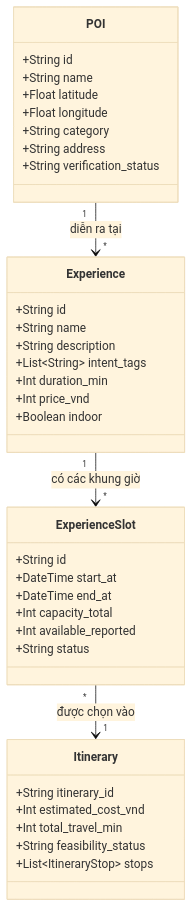
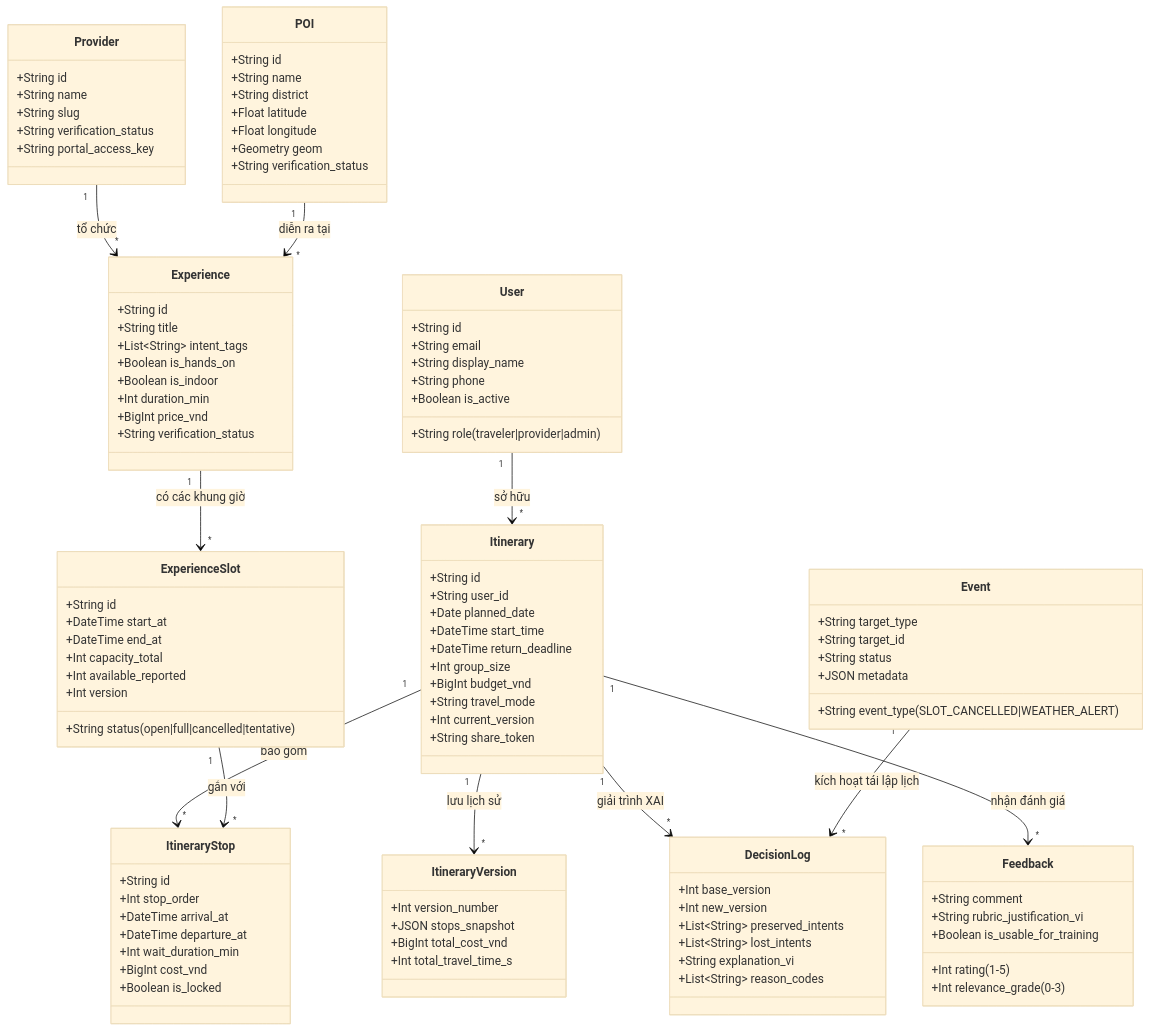
Before and after one commit to NguyenTriBaoThang/LoaclExplorerAI: the first of 2 diagrams in README.md, drawn with Mermaid (base theme). The commit also changed other lines of this file, not shown here.

````diff
--- a/README.md
+++ b/README.md
@@ -189,22 +212,38 @@
 ```mermaid
 classDiagram
+    class User {
+        +String id
+        +String email
+        +String role (traveler|provider|admin)
+        +String display_name
+        +String phone
+        +Boolean is_active
+    }
+    class Provider {
+        +String id
+        +String name
+        +String slug
+        +String verification_status
+        +String portal_access_key
+    }
     class POI {
         +String id
         +String name
+        +String district
         +Float latitude
         +Float longitude
-        +String category
-        +String address
+        +Geometry geom
         +String verification_status
     }
     class Experience {
         +String id
-        +String name
-        +String description
+        +String title
         +List~String~ intent_tags
+        +Boolean is_hands_on
+        +Boolean is_indoor
         +Int duration_min
-        +Int price_vnd
-        +Boolean indoor
+        +BigInt price_vnd
+        +String verification_status
     }
     class ExperienceSlot {
         +String id
@@ -212,16 +251,67 @@
         +DateTime end_at
         +Int capacity_total
         +Int available_reported
-        +String status
+        +String status (open|full|cancelled|tentative)
+        +Int version
     }
     class Itinerary {
-        +String itinerary_id
-        +Int estimated_cost_vnd
-        +Int total_travel_min
-        +String feasibility_status
-        +List~ItineraryStop~ stops
+        +String id
+        +String user_id
+        +Date planned_date
+        +DateTime start_time
+        +DateTime return_deadline
+        +Int group_size
+        +BigInt budget_vnd
+        +String travel_mode
+        +Int current_version
+        +String share_token
     }
+    class ItineraryStop {
+        +String id
+        +Int stop_order
+        +DateTime arrival_at
+        +DateTime departure_at
+        +Int wait_duration_min
+        +BigInt cost_vnd
+        +Boolean is_locked
+    }
+    class ItineraryVersion {
+        +Int version_number
+        +JSON stops_snapshot
+        +BigInt total_cost_vnd
+        +Int total_travel_time_s
+    }
+    class Event {
+        +String event_type (SLOT_CANCELLED|WEATHER_ALERT)
+        +String target_type
+        +String target_id
+        +String status
+        +JSON metadata
+    }
+    class DecisionLog {
+        +Int base_version
+        +Int new_version
+        +List~String~ preserved_intents
+        +List~String~ lost_intents
+        +String explanation_vi
+        +List~String~ reason_codes
+    }
+    class Feedback {
+        +Int rating (1-5)
+        +String comment
+        +Int relevance_grade (0-3)
+        +String rubric_justification_vi
+        +Boolean is_usable_for_training
+    }
+
+    User "1" --> "*" Itinerary : sở hữu
+    Provider "1" --> "*" Experience : tổ chức
     POI "1" --> "*" Experience : diễn ra tại
     Experience "1" --> "*" ExperienceSlot : có các khung giờ
-    ExperienceSlot "*" --> "1" Itinerary : được chọn vào
+    Itinerary "1" --> "*" ItineraryStop : bao gồm
+    Itinerary "1" --> "*" ItineraryVersion : lưu lịch sử
+    Itinerary "1" --> "*" DecisionLog : giải trình XAI
+    Itinerary "1" --> "*" Feedback : nhận đánh giá
+    ExperienceSlot "1" --> "*" ItineraryStop : gắn với
+    Event "1" --> "*" DecisionLog : kích hoạt tái lập lịch
 ```
````
